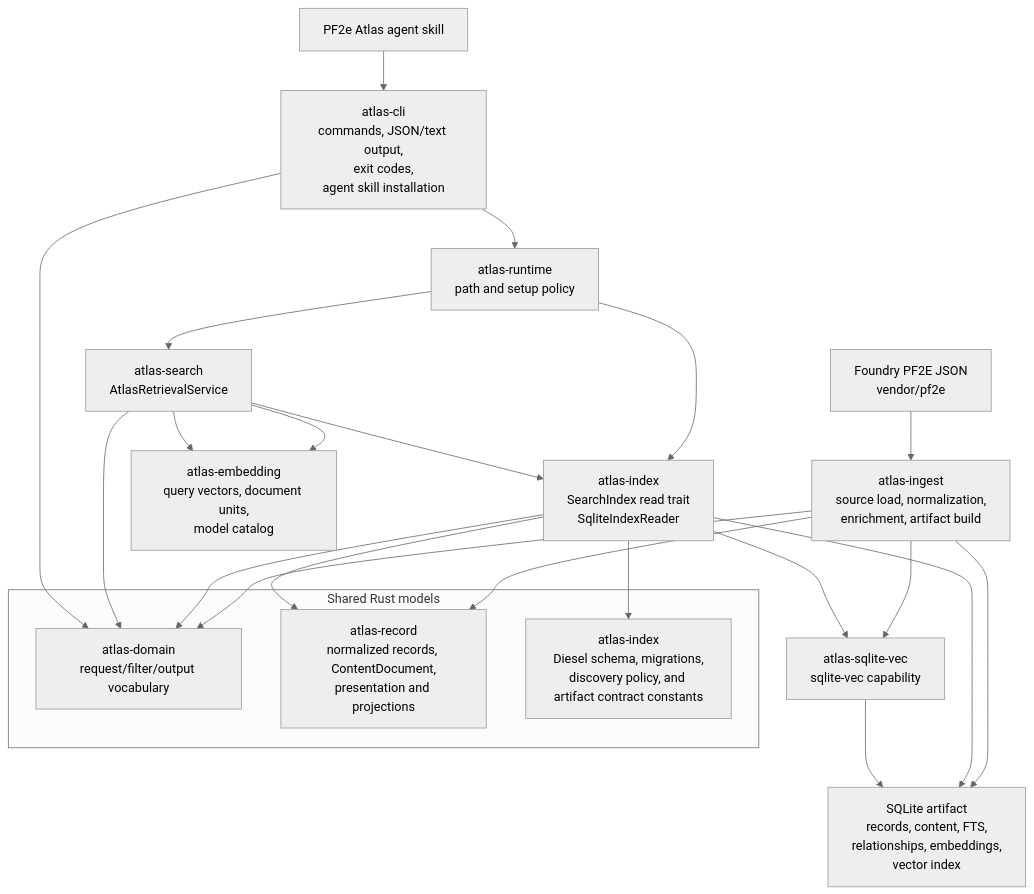
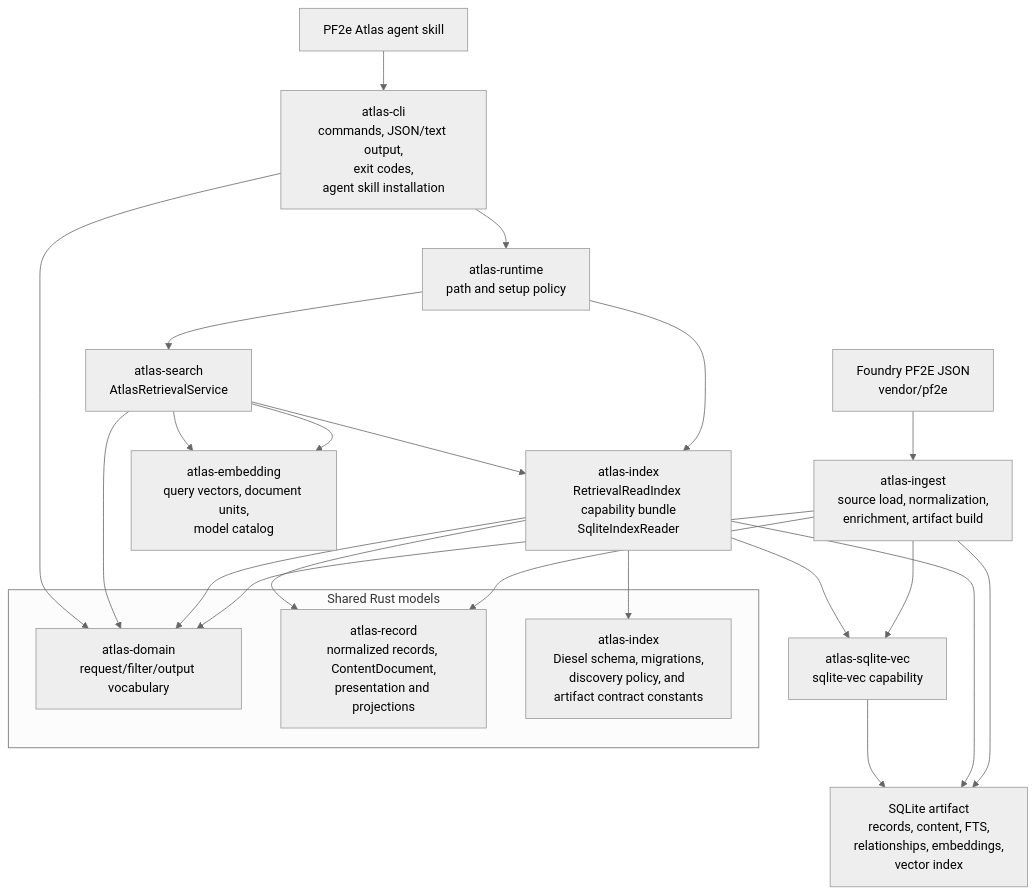
The first of 4 diagrams in docs/architecture/runtime.md (e-kosten/pf2e-atlas), drawn with Mermaid (neutral theme) before and after one commit. The commit also changed other lines of this file and 20 other files, not shown here.

Commit message:
refactor: narrow index read traits for search

````diff
--- a/docs/architecture/runtime.md
+++ b/docs/architecture/runtime.md
@@ -9,32 +9,32 @@
 ```mermaid
 flowchart TD
     source["Foundry PF2E JSON<br/>vendor/pf2e"] --> ingest["atlas-ingest<br/>source load, normalization,<br/>enrichment, artifact build"]
     ingest --> artifact["SQLite artifact<br/>records, content, FTS,<br/>relationships, embeddings,<br/>vector index"]
 
     skill["PF2e Atlas agent skill"] --> cli["atlas-cli<br/>commands, JSON/text output,<br/>exit codes,<br/>agent skill installation"]
     cli --> runtime["atlas-runtime<br/>path and setup policy"]
     runtime --> search["atlas-search<br/>AtlasRetrievalService"]
-    runtime --> index["atlas-index<br/>SearchIndex read trait<br/>SqliteIndexReader"]
+    runtime --> index["atlas-index<br/>RetrievalReadIndex capability bundle<br/>SqliteIndexReader"]
 
     search --> index
     search --> embedding["atlas-embedding<br/>query vectors, document units,<br/>model catalog"]
     index --> artifact
     ingest --> sqliteVec["atlas-sqlite-vec<br/>sqlite-vec capability"]
     index --> sqliteVec
     sqliteVec --> artifact
 
     subgraph SharedRustModels["Shared Rust models"]
       domain["atlas-domain<br/>request/filter/output vocabulary"]
       record["atlas-record<br/>normalized records, ContentDocument,<br/>presentation and projections"]
       artifactSchema["atlas-index<br/>Diesel schema, migrations,<br/>discovery policy, and artifact contract constants"]
     end
 
     ingest --> domain
     ingest --> record
     index --> domain
     index --> record
     index --> artifactSchema
     search --> domain
     search --> embedding
     cli --> domain
 ```
````
